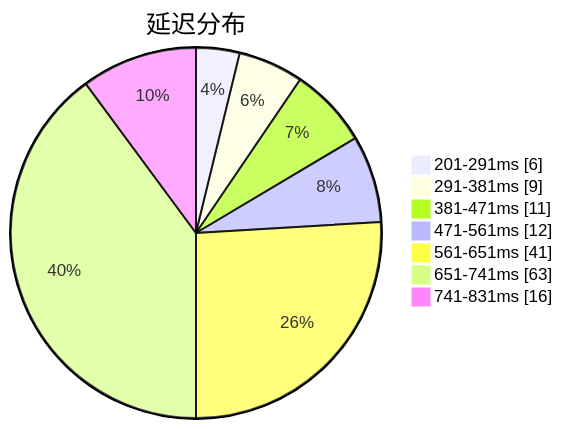
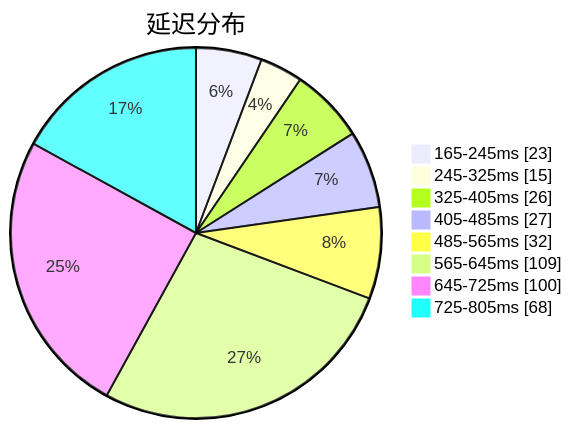
Before and after one commit to qjlxg/airport: the first of 3 diagrams in subs/statistics/tested_within.md, drawn with Mermaid. The commit also changed other lines of this file and 2 other files, not shown here.

Commit message:
Tested by metaST

````diff
--- a/subs/statistics/tested_within.md
+++ b/subs/statistics/tested_within.md
@@ -2,11 +2,12 @@
 ```mermaid
 pie showData
 title 延迟分布
-"201-291ms" : 6
-"291-381ms" : 9
-"381-471ms" : 11
-"471-561ms" : 12
-"561-651ms" : 41
-"651-741ms" : 63
-"741-831ms" : 16
+"165-245ms" : 23
+"245-325ms" : 15
+"325-405ms" : 26
+"405-485ms" : 27
+"485-565ms" : 32
+"565-645ms" : 109
+"645-725ms" : 100
+"725-805ms" : 68
 ```
````
